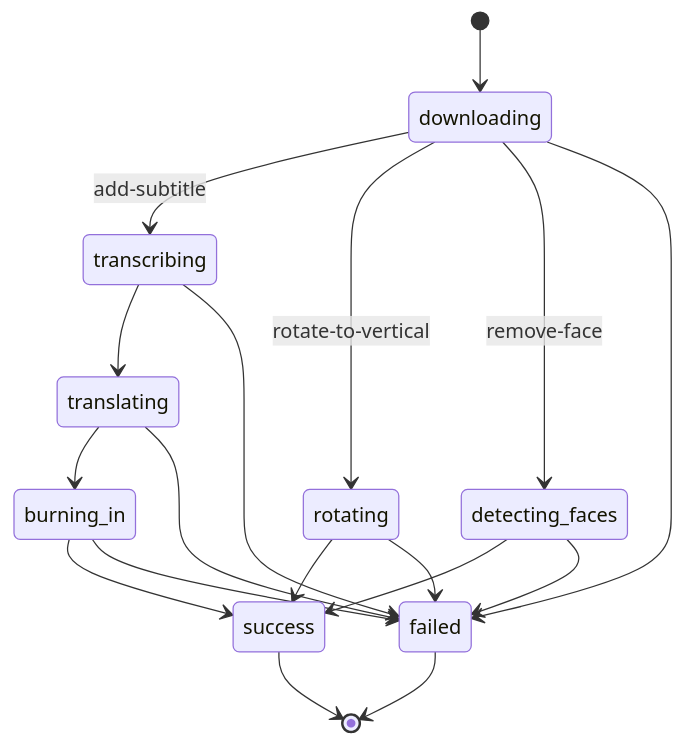
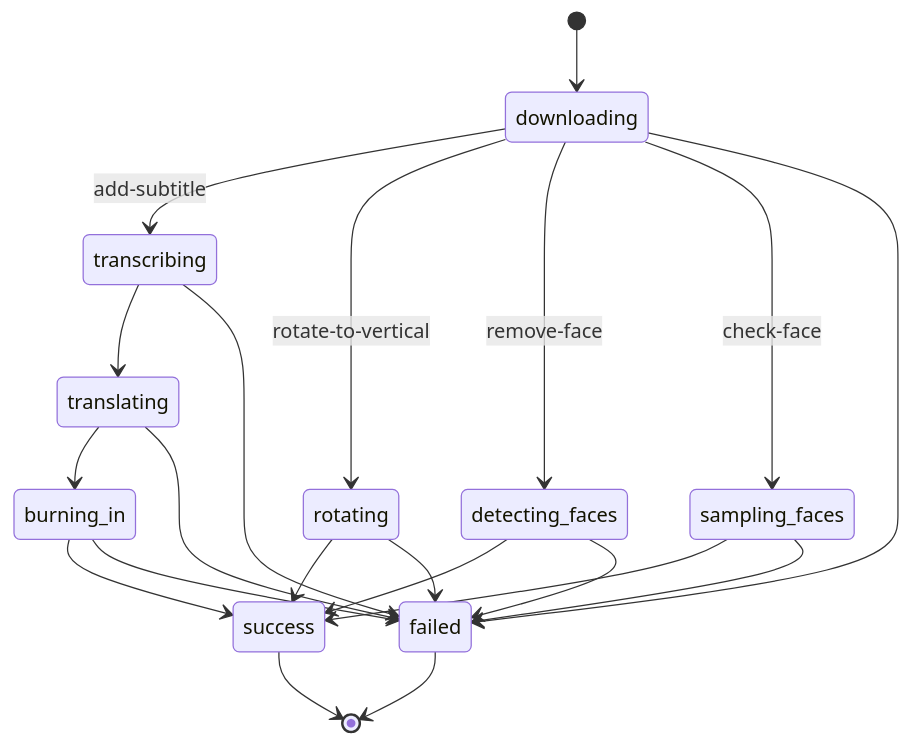
The diagram in content/src/services/video-action/status.md (zcqqq/uniscrm-web), drawn with Mermaid before and after one commit. The commit also changed other lines of this file and 56 other files, not shown here.

First line of the commit message:
feat(flow,link): surface why a flow node failed; fix X Action channel

````diff
--- a/content/src/services/video-action/status.md
+++ b/content/src/services/video-action/status.md
@@ -3,20 +3,23 @@
 ```mermaid
 stateDiagram-v2
     [*] --> downloading
     downloading --> transcribing: add-subtitle
     transcribing --> translating
     translating --> burning_in
     burning_in --> success
     downloading --> rotating: rotate-to-vertical
     rotating --> success
     downloading --> detecting_faces: remove-face
     detecting_faces --> success
+    downloading --> sampling_faces: check-face
+    sampling_faces --> success
     downloading --> failed
     transcribing --> failed
     translating --> failed
     burning_in --> failed
     rotating --> failed
     detecting_faces --> failed
+    sampling_faces --> failed
     success --> [*]
     failed --> [*]
 ```
````
